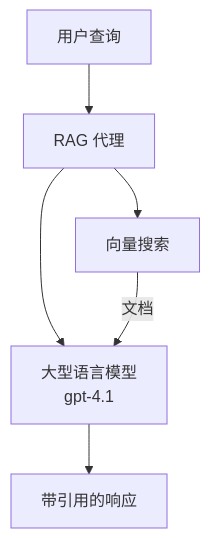
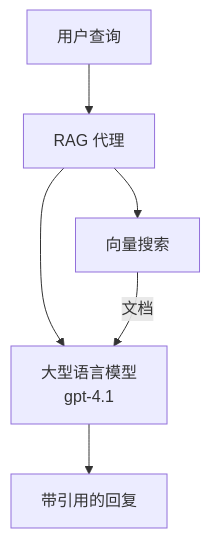
Before and after one commit to microsoft/AZD-for-beginners: the second of 3 diagrams in translations/zh-CN/docs/chapter-02-ai-development/agents.md, drawn with Mermaid. The commit also changed other lines of this file and 101 other files, not shown here.

````diff
--- a/translations/zh-CN/docs/chapter-02-ai-development/agents.md
+++ b/translations/zh-CN/docs/chapter-02-ai-development/agents.md
@@ -170,8 +175,8 @@
 ```mermaid
 graph TD
     Query[用户查询] --> RAG[RAG 代理]
     RAG --> Vector[向量搜索]
     RAG --> LLM[大型语言模型<br/>gpt-4.1]
     Vector -- 文档 --> LLM
-    LLM --> Response[带引用的响应]
+    LLM --> Response[带引用的回复]
 ```
````
